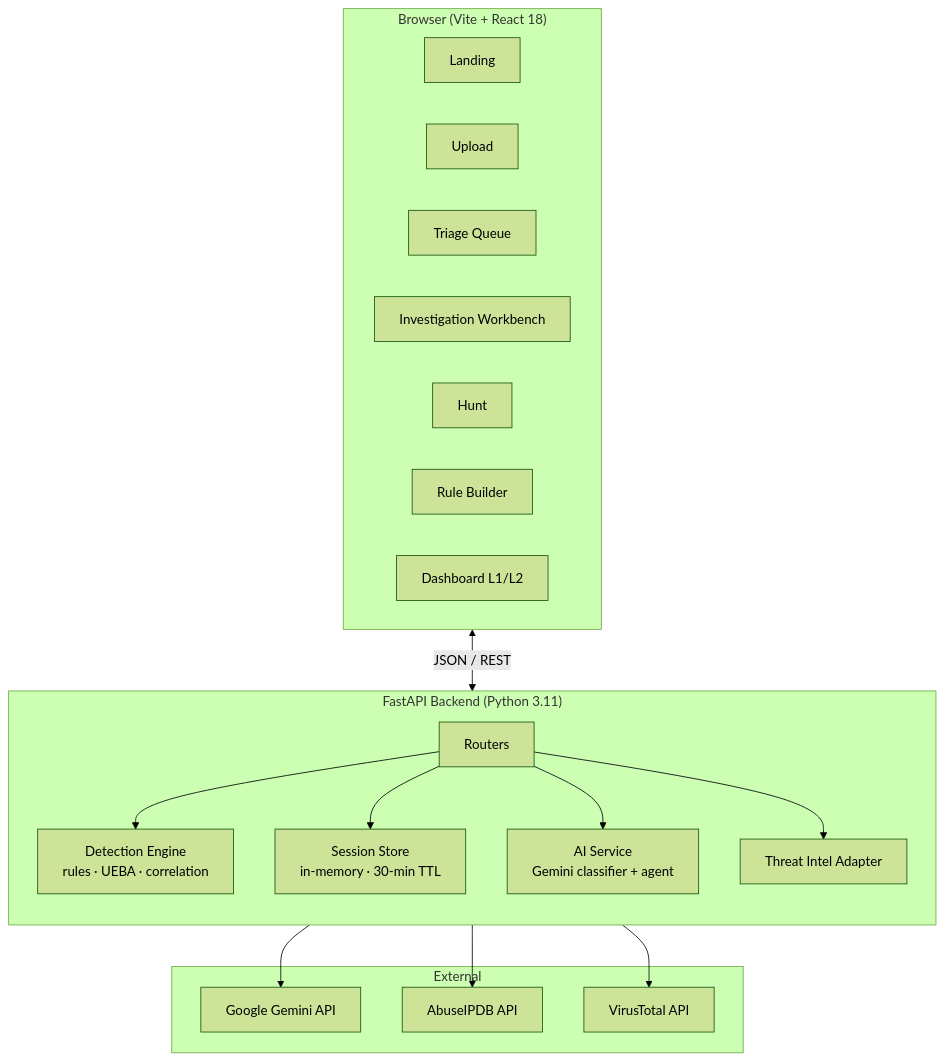
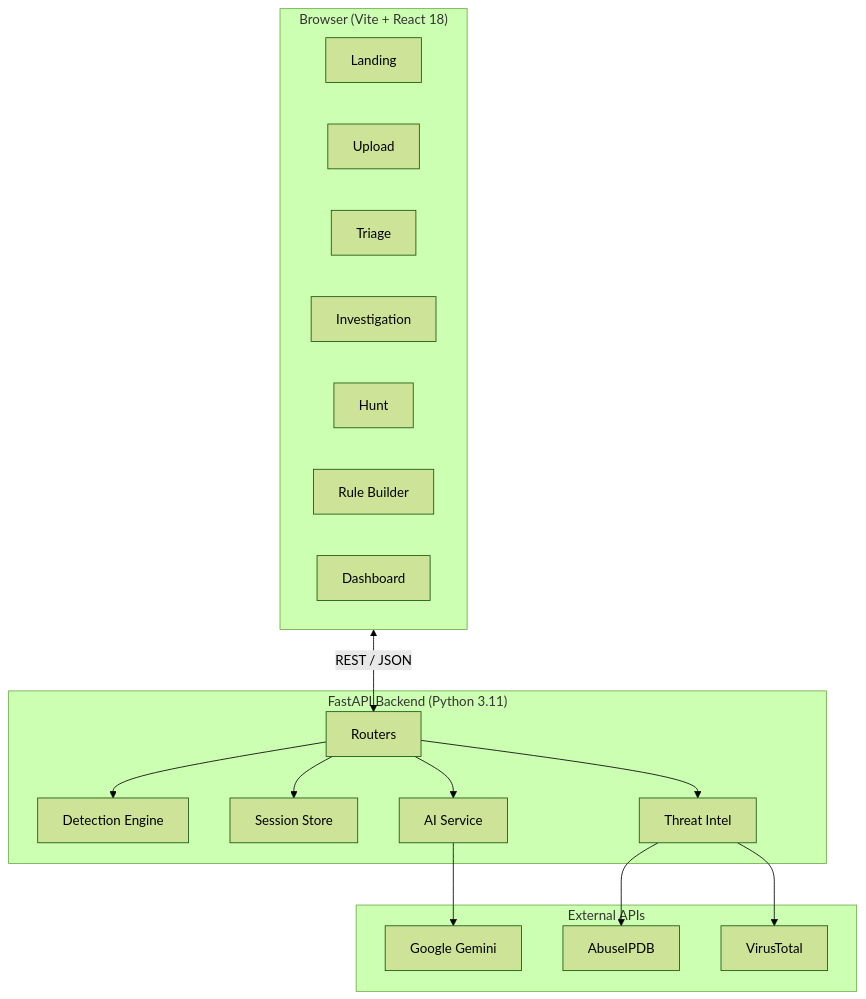
One commit to 12vethamithran/NOCTRA-AI-Autonomous-SOC-Platform changed the third of 3 diagrams in README.md. Above: the diagram before and after it, drawn with Mermaid (forest theme). The commit also changed other lines of this file, not shown here.

````diff
--- a/README.md
+++ b/README.md
@@ -251,36 +176,19 @@
 ```mermaid
 flowchart TB
     subgraph Browser["Browser (Vite + React 18)"]
-      L[Landing]
-      U[Upload]
-      T[Triage Queue]
-      I[Investigation Workbench]
-      H[Hunt]
-      Rb[Rule Builder]
-      D[Dashboard L1/L2]
+      L[Landing] & U[Upload] & T[Triage] & I[Investigation] & H[Hunt] & Rb[Rule Builder] & D[Dashboard]
     end
 
     subgraph Backend["FastAPI Backend (Python 3.11)"]
-      direction TB
-      R[Routers]
-      E[Detection Engine<br/>rules · UEBA · correlation]
-      S[Session Store<br/>in-memory · 30-min TTL]
-      AIS[AI Service<br/>Gemini classifier + agent]
-      TIS[Threat Intel Adapter]
+      R[Routers] & E[Detection Engine] & S[Session Store] & AIS[AI Service] & TIS[Threat Intel]
     end
 
-    subgraph External["External"]
-      G[Google Gemini API]
-      AB[AbuseIPDB API]
-      VT[VirusTotal API]
+    subgraph External["External APIs"]
+      G[Google Gemini] & AB[AbuseIPDB] & VT[VirusTotal]
     end
 
-    Browser <-->|JSON / REST| R
-    R --> E
-    R --> S
-    R --> AIS
-    R --> TIS
+    Browser <-->|REST / JSON| R
+    R --> E & S & AIS & TIS
     AIS --> G
-    TIS --> AB
-    TIS --> VT
+    TIS --> AB & VT
 ```
````
